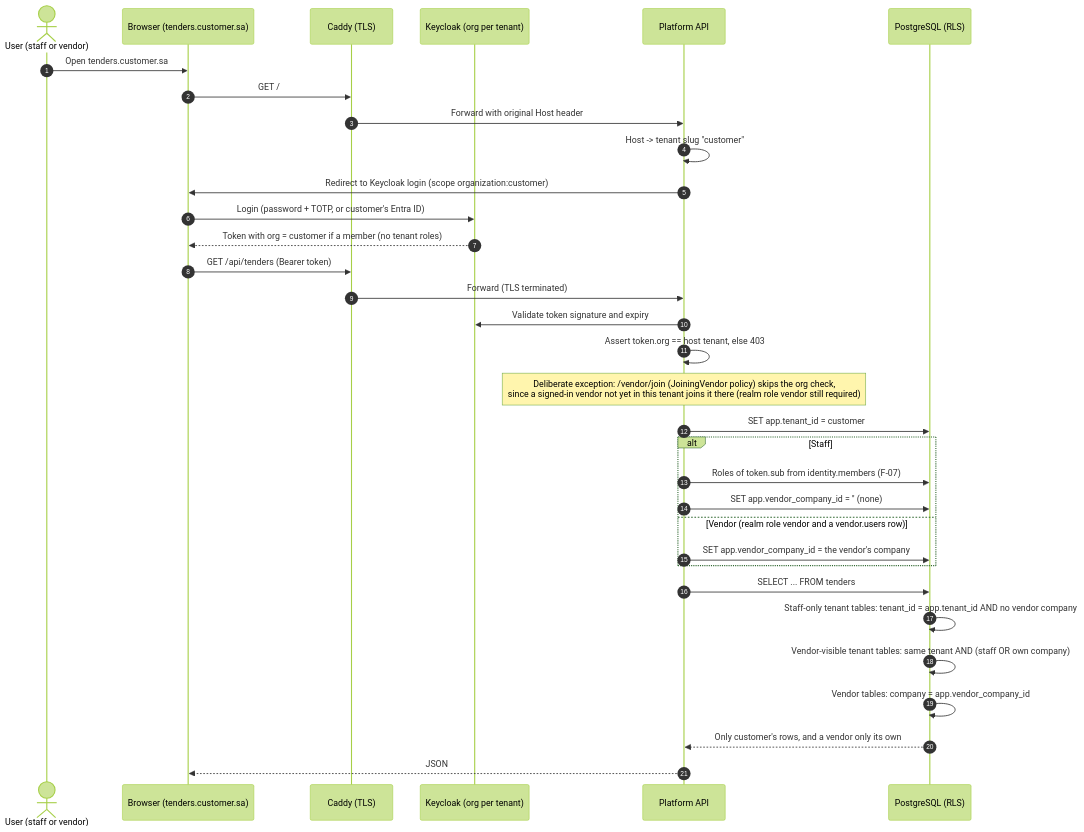
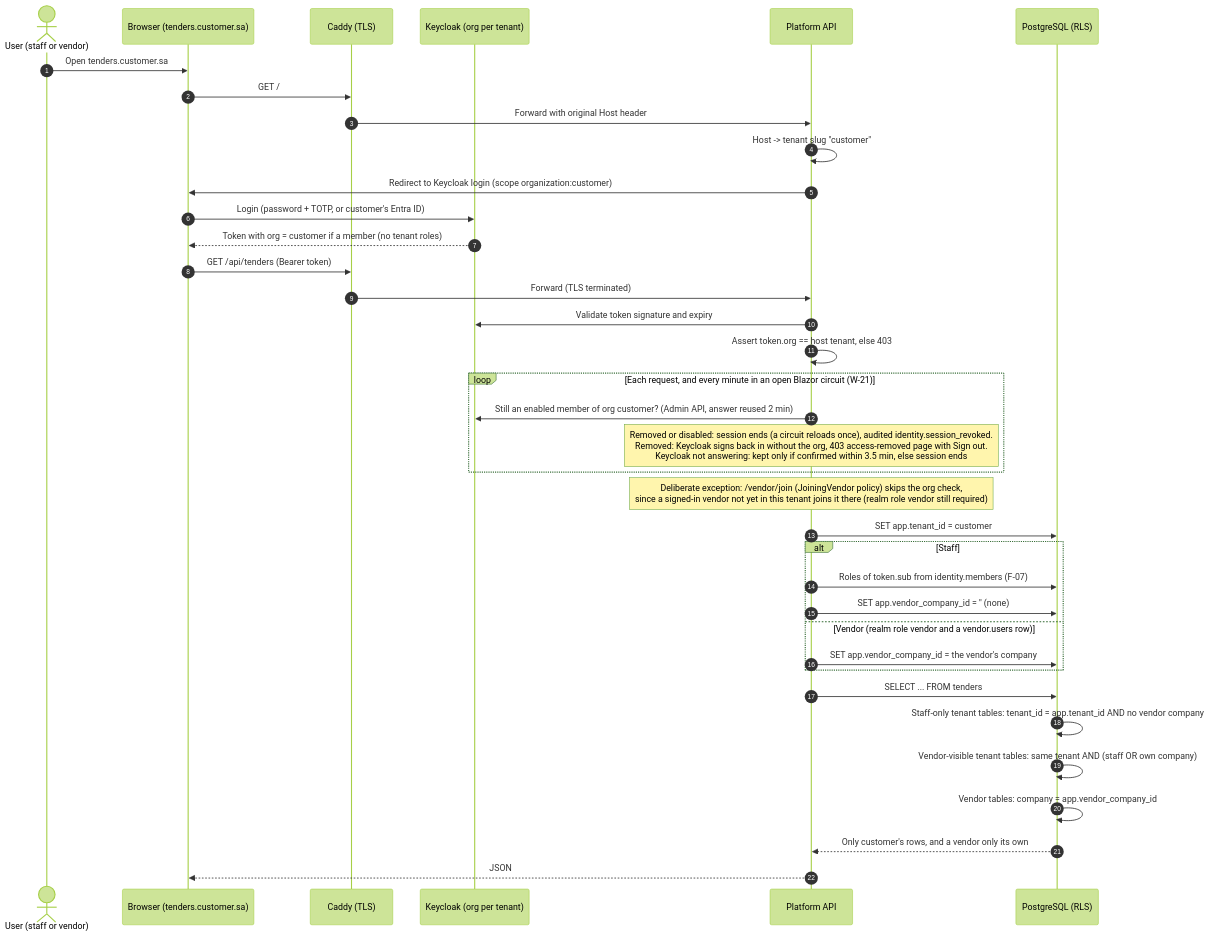
One commit to AhmedAssaf/ERP changed the fifth of 13 diagrams in docs/03-diagrams.md. Above: the diagram before and after it, drawn with Mermaid (forest theme). The commit also changed 45 other files, not shown here.

First line of the commit message:
feat(identity): revalidate sessions against Keycloak organization membership (W-21) (#3)

````diff
--- a/docs/03-diagrams.md
+++ b/docs/03-diagrams.md
@@ -167,36 +167,40 @@
 ```mermaid
 sequenceDiagram
     autonumber
     actor U as User (staff or vendor)
     participant B as Browser (tenders.customer.sa)
     participant GW as Caddy (TLS)
     participant KC as Keycloak (org per tenant)
     participant API as Platform API
     participant DB as PostgreSQL (RLS)
 
     U->>B: Open tenders.customer.sa
     B->>GW: GET /
     GW->>API: Forward with original Host header
     API->>API: Host -> tenant slug "customer"
     API->>B: Redirect to Keycloak login (scope organization:customer)
     B->>KC: Login (password + TOTP, or customer's Entra ID)
     KC-->>B: Token with org = customer if a member (no tenant roles)
     B->>GW: GET /api/tenders (Bearer token)
     GW->>API: Forward (TLS terminated)
     API->>KC: Validate token signature and expiry
     API->>API: Assert token.org == host tenant, else 403
+    loop Each request, and every minute in an open Blazor circuit (W-21)
+        API->>KC: Still an enabled member of org customer? (Admin API, answer reused 2 min)
+        Note over API: Removed or disabled: session ends (a circuit reloads once), audited identity.session_revoked.<br/>Removed: Keycloak signs back in without the org, 403 access-removed page with Sign out.<br/>Keycloak not answering: kept only if confirmed within 3.5 min, else session ends
+    end
     Note over API: Deliberate exception: /vendor/join (JoiningVendor policy) skips the org check,<br/>since a signed-in vendor not yet in this tenant joins it there (realm role vendor still required)
     API->>DB: SET app.tenant_id = customer
     alt Staff
         API->>DB: Roles of token.sub from identity.members (F-07)
         API->>DB: SET app.vendor_company_id = '' (none)
     else Vendor (realm role vendor and a vendor.users row)
         API->>DB: SET app.vendor_company_id = the vendor's company
     end
     API->>DB: SELECT ... FROM tenders
     DB->>DB: Staff-only tenant tables: tenant_id = app.tenant_id AND no vendor company
     DB->>DB: Vendor-visible tenant tables: same tenant AND (staff OR own company)
     DB->>DB: Vendor tables: company = app.vendor_company_id
     DB-->>API: Only customer's rows, and a vendor only its own
     API-->>B: JSON
 ```
````
